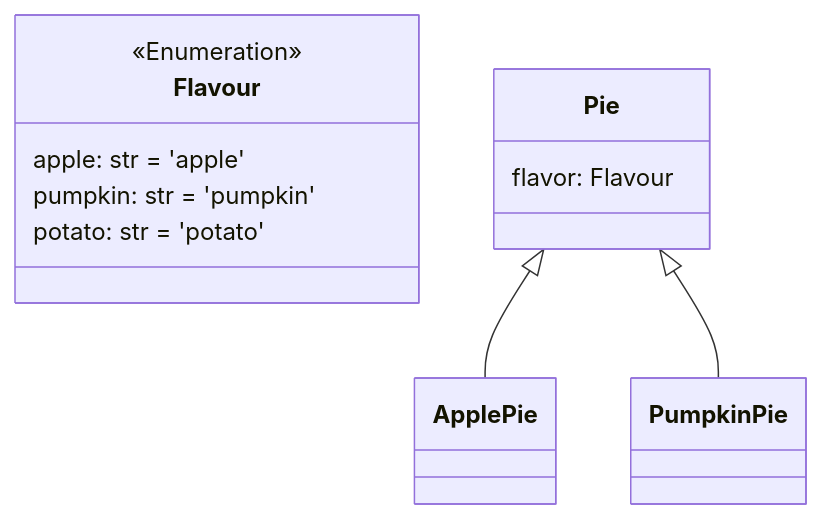
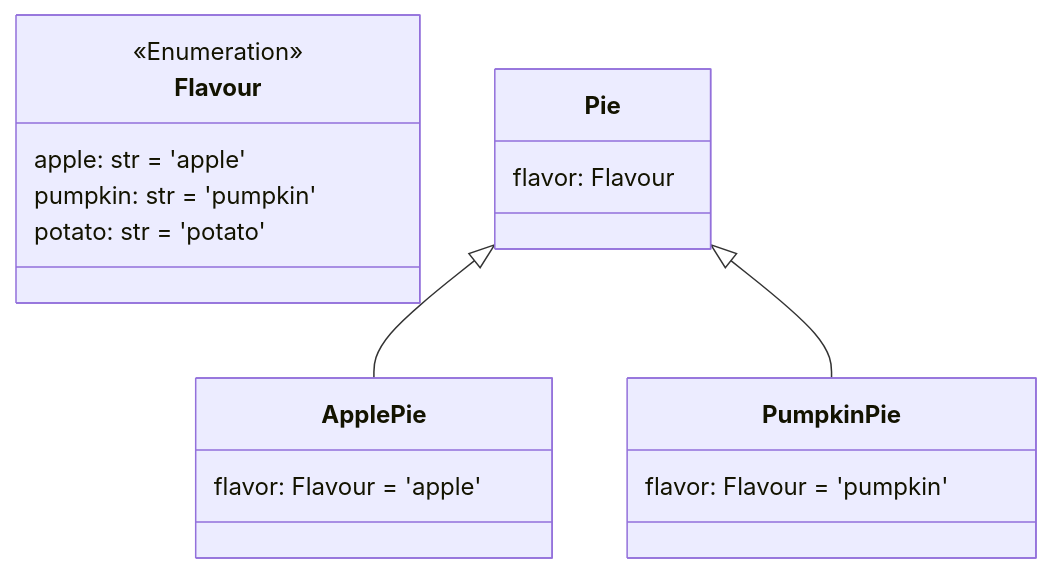
The diagram in tests/mock/enum_example.md (EricWebsmith/pydantic_mermaid), drawn with Mermaid before and after one commit. The commit also changed 16 other files, not shown here.

````diff
--- a/tests/mock/enum_example.md
+++ b/tests/mock/enum_example.md
@@ -1,23 +1,25 @@
 ```mermaid
 classDiagram
     class Flavour {
         <<Enumeration>>
         apple: str = 'apple'
         pumpkin: str = 'pumpkin'
         potato: str = 'potato'
     }
 
     class Pie {
         flavor: Flavour
     }
 
     class ApplePie {
+        flavor: Flavour = 'apple'
     }
 
     class PumpkinPie {
+        flavor: Flavour = 'pumpkin'
     }
 
 
     Pie <|-- ApplePie
     Pie <|-- PumpkinPie
 ```
````
